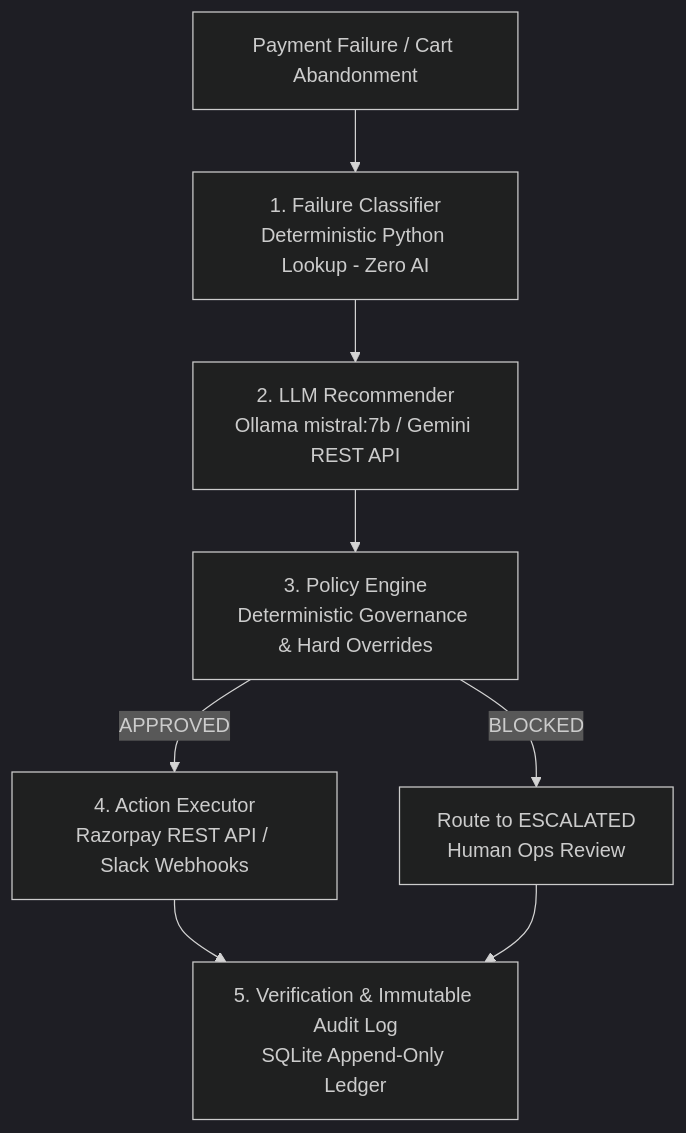
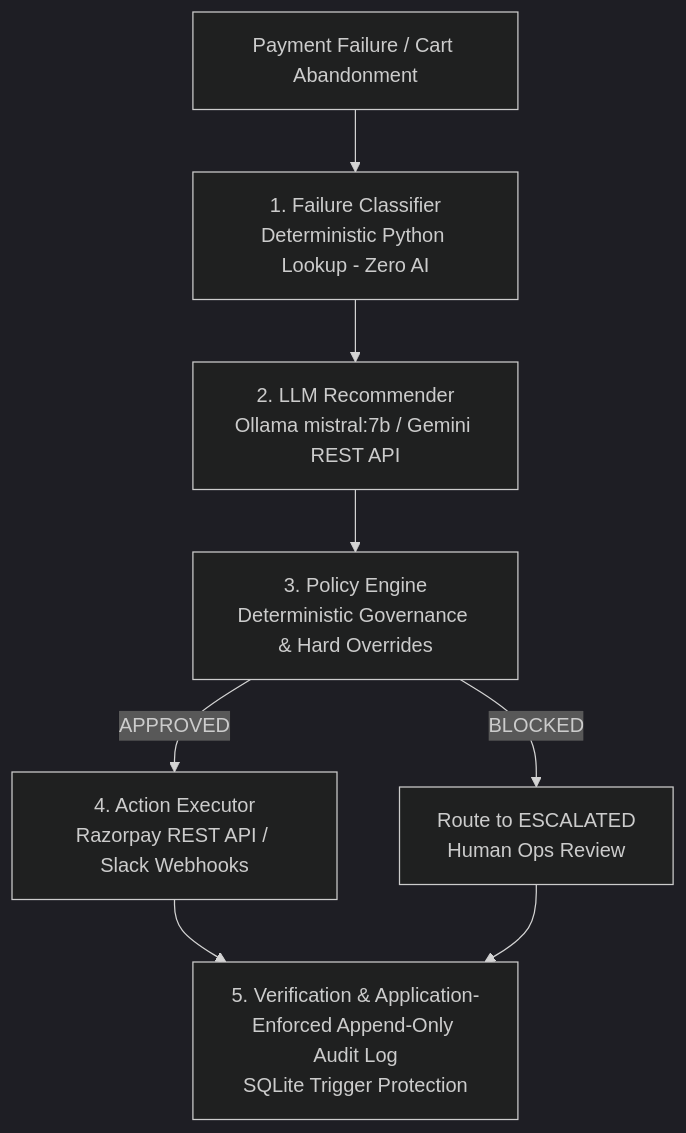
Before and after one commit to abhijitsvsk/Recoverr-ai-pipeline: the diagram in README.md, drawn with Mermaid (dark theme). The commit also changed other lines of this file and 1 other file, not shown here.

Commit message:
docs: reword immutability claims to application-enforced append-only and add simulation latency note

````diff
--- a/README.md
+++ b/README.md
@@ -22,10 +22,10 @@
 ```mermaid
 flowchart TD
     A[Payment Failure / Cart Abandonment] --> B[1. Failure Classifier\nDeterministic Python Lookup - Zero AI]
     B --> C[2. LLM Recommender\nOllama mistral:7b / Gemini REST API]
     C --> D[3. Policy Engine\nDeterministic Governance & Hard Overrides]
     D -->|APPROVED| E[4. Action Executor\nRazorpay REST API / Slack Webhooks]
     D -->|BLOCKED| F[Route to ESCALATED\nHuman Ops Review]
-    E --> G[5. Verification & Immutable Audit Log\nSQLite Append-Only Ledger]
+    E --> G[5. Verification & Application-Enforced Append-Only Audit Log\nSQLite Trigger Protection]
     F --> G
 ```
````
